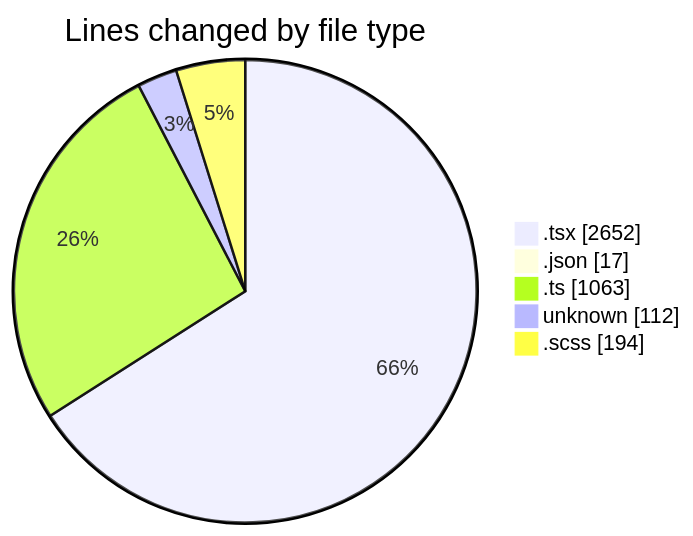
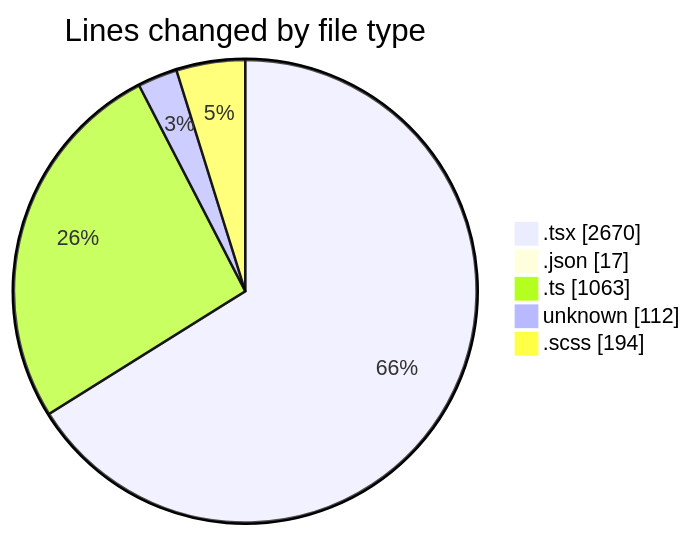
One commit to momahboobian/code-tracking changed the first of 2 diagrams in 2026-04-30/cda/README.md. Above: the diagram before and after it, drawn with Mermaid. The commit also changed other lines of this file and 1 other file, not shown here.

````diff
--- a/2026-04-30/cda/README.md
+++ b/2026-04-30/cda/README.md
@@ -54,9 +54,9 @@
 ```mermaid
 pie showData
 title Lines changed by file type
-".tsx" : 2652
+".tsx" : 2670
 ".json" : 17
 ".ts" : 1063
 "unknown" : 112
 ".scss" : 194
 ```
````
